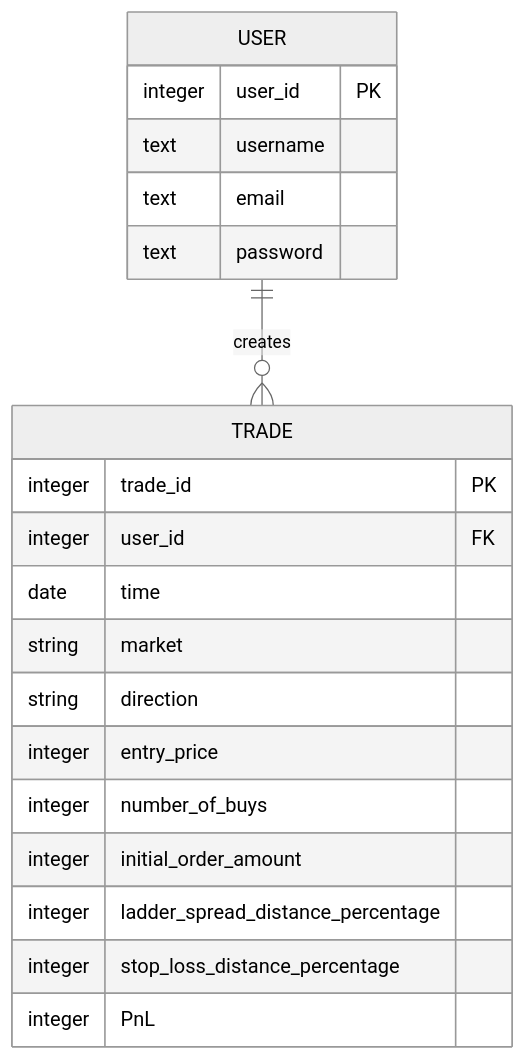
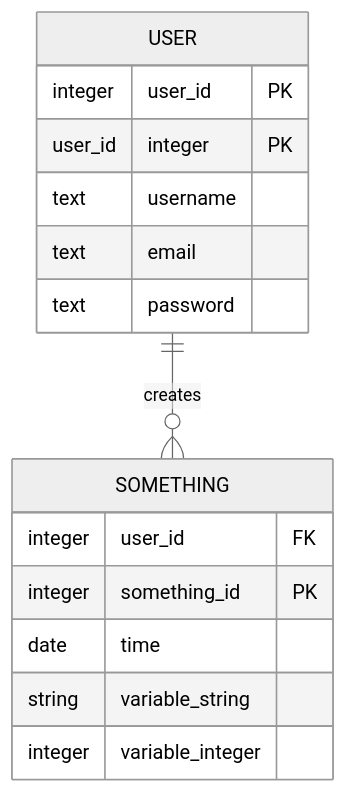
One commit to mathbike/mathbike.github.io changed the diagram in _posts/2022-11-15-flask.md. Above: the diagram before and after it, drawn with Mermaid. The commit also changed other lines of this file, not shown here.

````diff
--- a/_posts/2022-11-15-flask.md
+++ b/_posts/2022-11-15-flask.md
@@ -70,24 +70,19 @@
 ```mermaid
 %%{init: { "theme": "neutral" } }%%
 erDiagram
-    USER ||--o{ TRADE : creates
+    USER ||--o{ SOMETHING : creates
     USER {
         integer user_id PK
+        user_id integer PK
         text username
         text email
         text password
     }
-    TRADE {
-        integer trade_id PK
+    SOMETHING {
         integer user_id FK
+        integer something_id PK
         date time
-        string market
-        string direction
-        integer entry_price
-        integer number_of_buys
-        integer initial_order_amount
-        integer ladder_spread_distance_percentage
-        integer stop_loss_distance_percentage
-        integer PnL
+        string variable_string
+        integer variable_integer
     }
 ```
````
